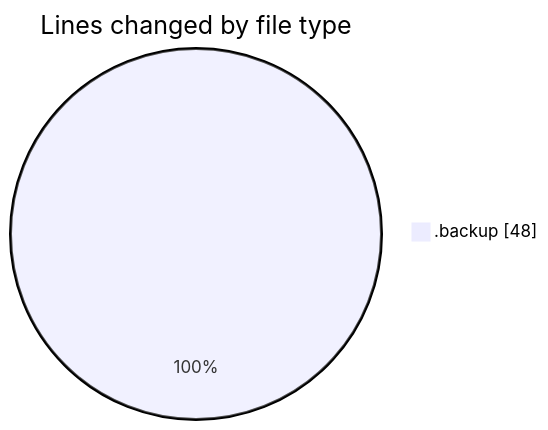
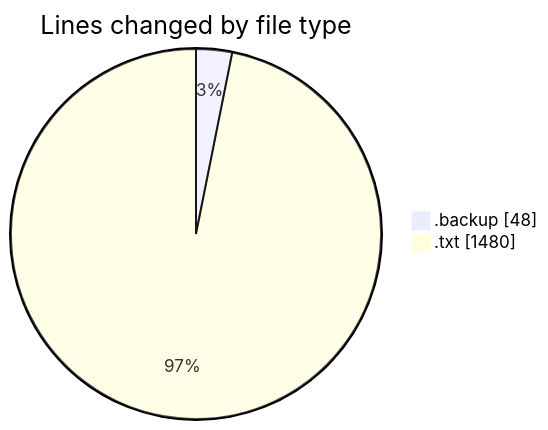
Before and after one commit to ricardozamudiocil/code-tracking: the first of 2 diagrams in 2026-11-25/informesdocpath/README.md, drawn with Mermaid. The commit also changed other lines of this file and 1 other file, not shown here.

````diff
--- a/2026-11-25/informesdocpath/README.md
+++ b/2026-11-25/informesdocpath/README.md
@@ -20,5 +21,6 @@
 ```mermaid
 pie showData
 title Lines changed by file type
 ".backup" : 48
+".txt" : 1480
 ```
````
